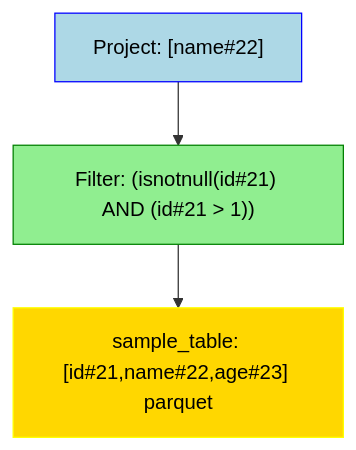
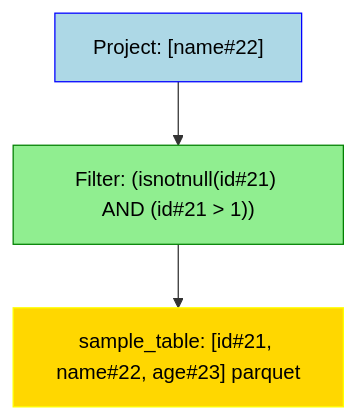
One commit to NielkNetraam/explainalyzed changed the diagram in data/visualization/filter_not_in_output.mmd. Above: the diagram before and after it, drawn with Mermaid. The commit also changed 24 other files, not shown here.

```diff
--- a/data/visualization/filter_not_in_output.mmd
+++ b/data/visualization/filter_not_in_output.mmd
@@ -1,14 +1,14 @@
 flowchart TD
     classDef PROJECT stroke:Blue,fill:LightBlue,color:black
     classDef FILTER stroke:Green,fill:LightGreen,color:black
     classDef UNION stroke:Purple,fill:Violet,color:black
     classDef JOIN stroke:DarkOrange,fill:Orange,color:black
     classDef RELATION stroke:Yellow,fill:Gold,color:black
     classDef AGGREGATE stroke:Brown,fill:Chocolate,color:black
 
     Project#1["Project: [name#22]"]:::PROJECT
     Filter#11["Filter: (isnotnull(id#21) AND (id#21 > 1))"]:::FILTER
-    Relation#111["sample_table: [id#21,name#22,age#23] parquet"]:::RELATION
+    Relation#111["sample_table: [id#21, name#22, age#23] parquet"]:::RELATION
 
     Project#1 --> Filter#11
         Filter#11 --> Relation#111
```
